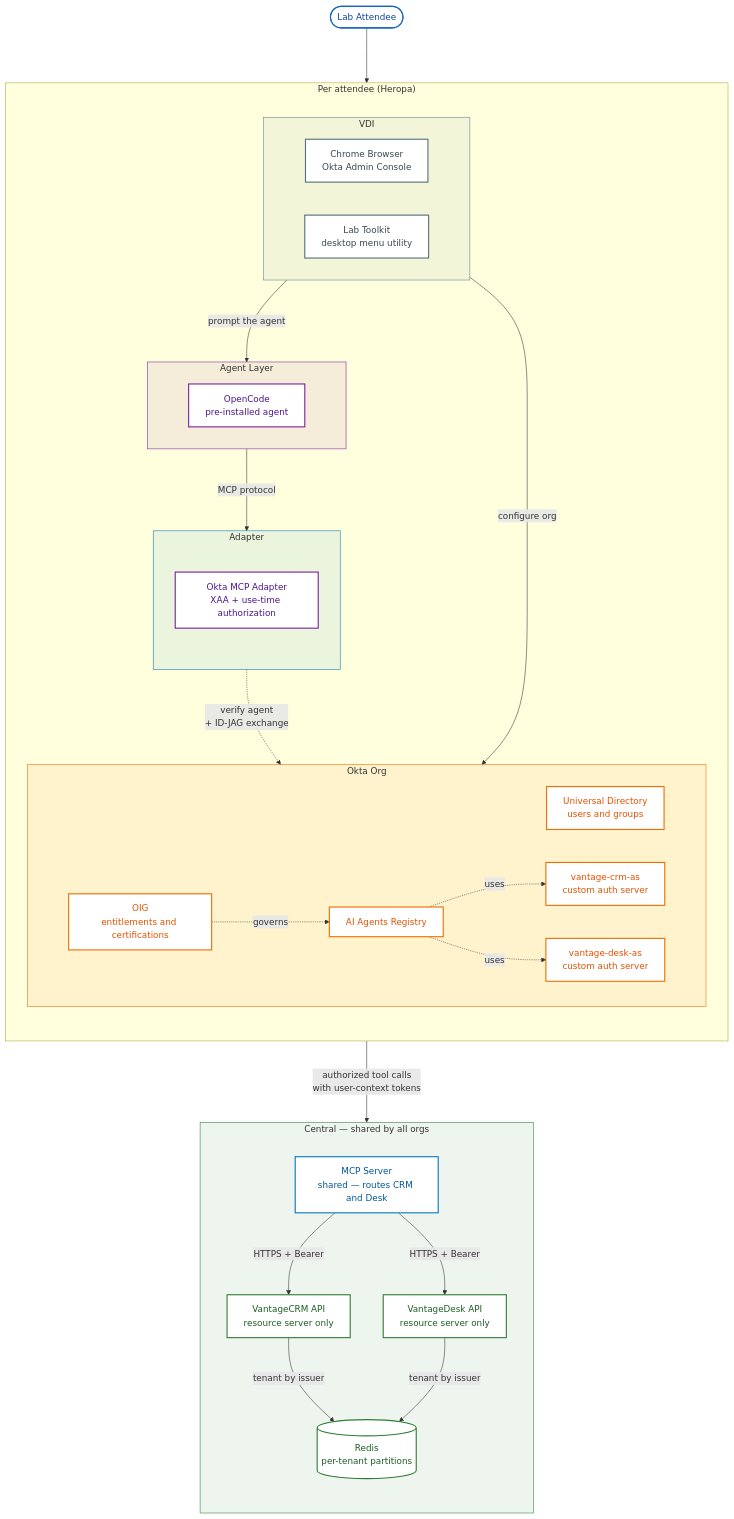
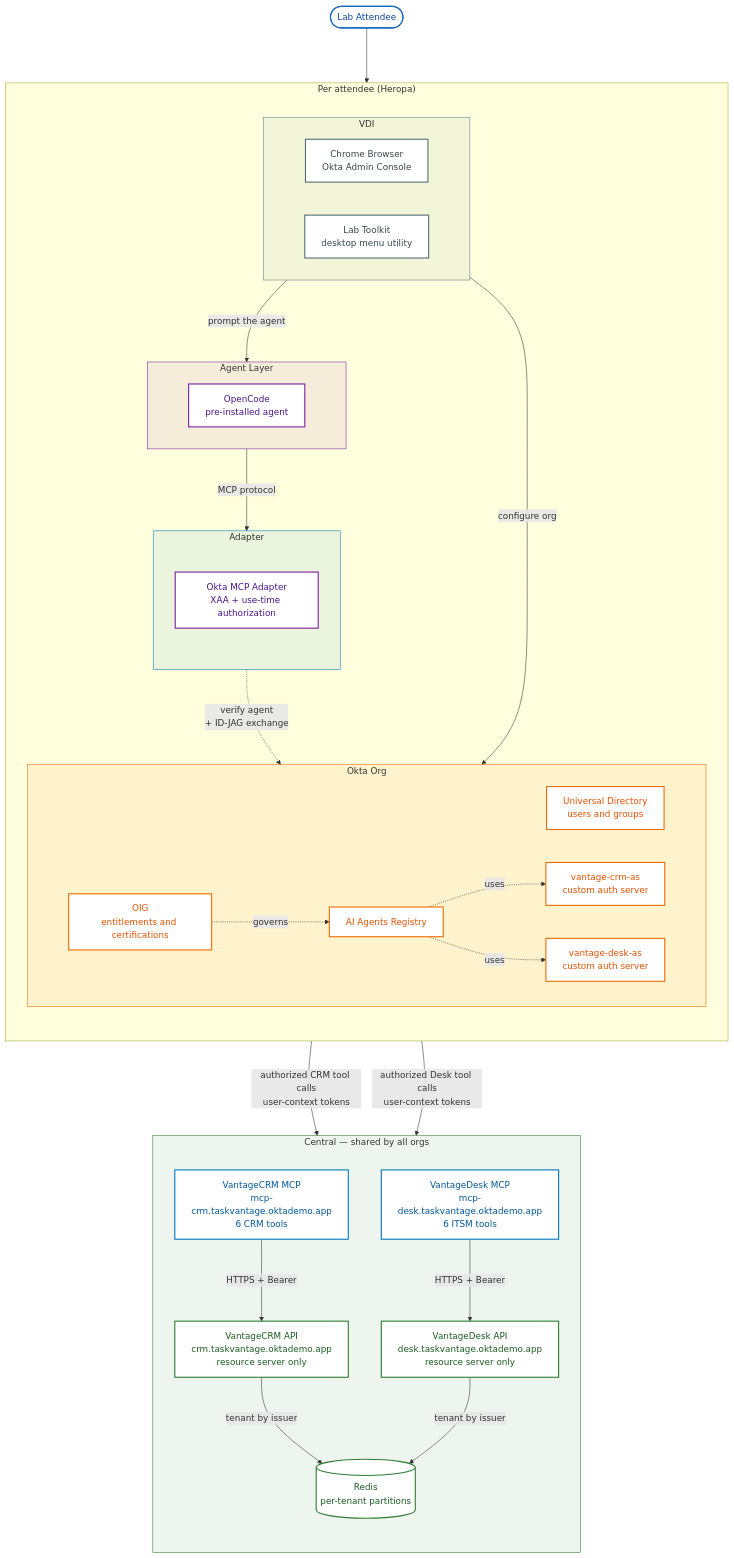
Before and after one commit to joevanhorn/04aa-tech-camp: the diagram in reference/architecture-diagram-source.md, drawn with Mermaid. The commit also changed other lines of this file, not shown here.

First line of the commit message:
docs(o4aa): sync architecture-diagram-source to the two per-app MCP servers

````diff
--- a/reference/architecture-diagram-source.md
+++ b/reference/architecture-diagram-source.md
@@ -21,78 +18,80 @@
 ```mermaid
 %%{init: {'flowchart': {'nodeSpacing': 60, 'rankSpacing': 100, 'curve': 'basis'}}}%%
 flowchart TB
     User([Lab Attendee])
 
     subgraph Heropa["Per attendee (Heropa)"]
         direction TB
 
         subgraph VDI["VDI"]
             direction LR
             Browser[Chrome Browser<br>Okta Admin Console]
             Toolkit[Lab Toolkit<br>desktop menu utility]
         end
 
         subgraph AgentLayer["Agent Layer"]
             direction LR
             OpenCode[OpenCode<br>pre-installed agent]
         end
 
         subgraph Edge["Adapter"]
             direction TB
             Adapter[Okta MCP Adapter<br>XAA + use-time authorization]
         end
 
         subgraph Okta["Okta Org"]
             direction LR
             UD[Universal Directory<br>users and groups]
             AIRegistry[AI Agents Registry]
             CRMAS[vantage-crm-as<br>custom auth server]
             DeskAS[vantage-desk-as<br>custom auth server]
             OIG[OIG<br>entitlements and certifications]
         end
     end
 
     subgraph Central["Central — shared by all orgs"]
         direction TB
-        MCP[MCP Server<br>shared — routes CRM and Desk]
-        CRM[VantageCRM API<br>resource server only]
-        Desk[VantageDesk API<br>resource server only]
+        McpCrm[VantageCRM MCP<br>mcp-crm.taskvantage.oktademo.app<br>6 CRM tools]
+        McpDesk[VantageDesk MCP<br>mcp-desk.taskvantage.oktademo.app<br>6 ITSM tools]
+        CRM[VantageCRM API<br>crm.taskvantage.oktademo.app<br>resource server only]
+        Desk[VantageDesk API<br>desk.taskvantage.oktademo.app<br>resource server only]
         Redis[(Redis<br>per-tenant partitions)]
     end
 
     User --> Browser
     Browser -->|configure org| Okta
     Browser -->|prompt the agent| AgentLayer
 
     AgentLayer -->|MCP protocol| Adapter
     Adapter -.verify agent<br>+ ID-JAG exchange.-> AIRegistry
-    Adapter -->|authorized tool calls<br>with user-context tokens| MCP
-    MCP -->|HTTPS + Bearer| CRM
-    MCP -->|HTTPS + Bearer| Desk
+    Adapter -->|authorized CRM tool calls<br>user-context tokens| McpCrm
+    Adapter -->|authorized Desk tool calls<br>user-context tokens| McpDesk
+    McpCrm -->|HTTPS + Bearer| CRM
+    McpDesk -->|HTTPS + Bearer| Desk
     CRM -->|tenant by issuer| Redis
     Desk -->|tenant by issuer| Redis
 
     OIG -.governs.-> AIRegistry
     AIRegistry -.uses.-> CRMAS
     AIRegistry -.uses.-> DeskAS
 
     classDef trigger fill:#ffffff,stroke:#1565c0,stroke-width:2px,color:#0d47a1
     classDef infra fill:#ffffff,stroke:#546e7a,stroke-width:2px,color:#37474f
     classDef oktaCore fill:#ffffff,stroke:#ef6c00,stroke-width:2px,color:#e65100
     classDef workflow fill:#ffffff,stroke:#7b1fa2,stroke-width:2px,color:#4a148c
     classDef action fill:#ffffff,stroke:#0277bd,stroke-width:2px,color:#01579b
     classDef governance fill:#ffffff,stroke:#2e7d32,stroke-width:2px,color:#1b5e20
 
     class User trigger
     class Browser,Toolkit infra
     class OpenCode,Adapter workflow
-    class MCP action
+    class McpCrm,McpDesk action
     class CRM,Desk,Redis governance
     class UD,AIRegistry,CRMAS,DeskAS,OIG oktaCore
 
     style VDI fill:#607d8b14,stroke:#607d8b,stroke-width:1px
     style AgentLayer fill:#7b1fa214,stroke:#7b1fa2,stroke-width:1px
     style Edge fill:#0277bd14,stroke:#0277bd,stroke-width:1px
     style Okta fill:#ef6c0014,stroke:#ef6c00,stroke-width:1px
     style Central fill:#2e7d3214,stroke:#2e7d32,stroke-width:1px
 ```
````
